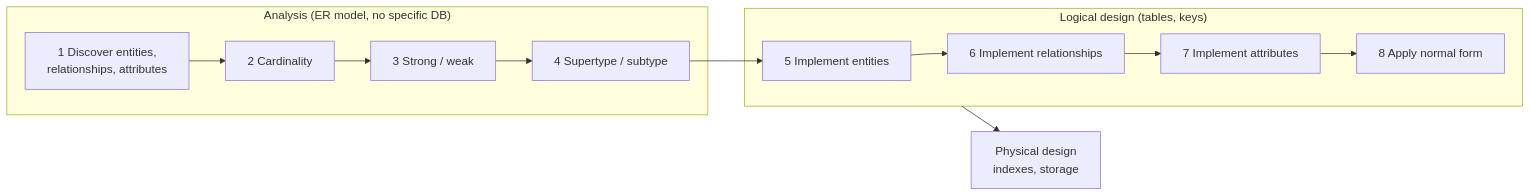
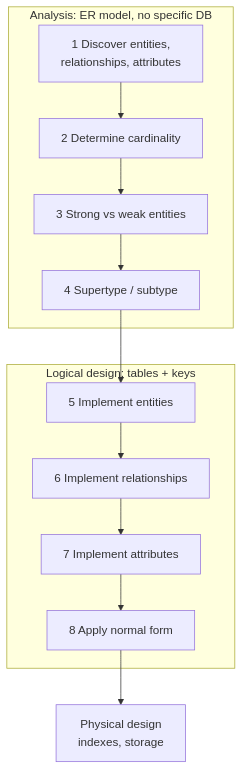
Before and after one commit to UnkwnCokonut/wgu-d426-study-guide: the diagram in guide/08-design-and-er-modeling.md, drawn with Mermaid. The commit also changed 3 other files, not shown here.

First line of the commit message:
Make guide diagrams readable on phones

````diff
--- a/guide/08-design-and-er-modeling.md
+++ b/guide/08-design-and-er-modeling.md
@@ -14,11 +14,11 @@
 ```mermaid
-flowchart LR
-  subgraph A["Analysis (ER model, no specific DB)"]
-    a1["1 Discover entities,<br/>relationships, attributes"] --> a2["2 Cardinality"] --> a3["3 Strong / weak"] --> a4["4 Supertype / subtype"]
+flowchart TD
+  subgraph A["Analysis: ER model, no specific DB"]
+    a1["1 Discover entities,<br/>relationships, attributes"] --> a2["2 Determine cardinality"] --> a3["3 Strong vs weak entities"] --> a4["4 Supertype / subtype"]
   end
-  subgraph L["Logical design (tables, keys)"]
+  subgraph L["Logical design: tables + keys"]
     l5["5 Implement entities"] --> l6["6 Implement relationships"] --> l7["7 Implement attributes"] --> l8["8 Apply normal form"]
   end
   a4 --> l5
-  L --> P["Physical design<br/>indexes, storage"]
+  l8 --> P["Physical design<br/>indexes, storage"]
 ```
````
